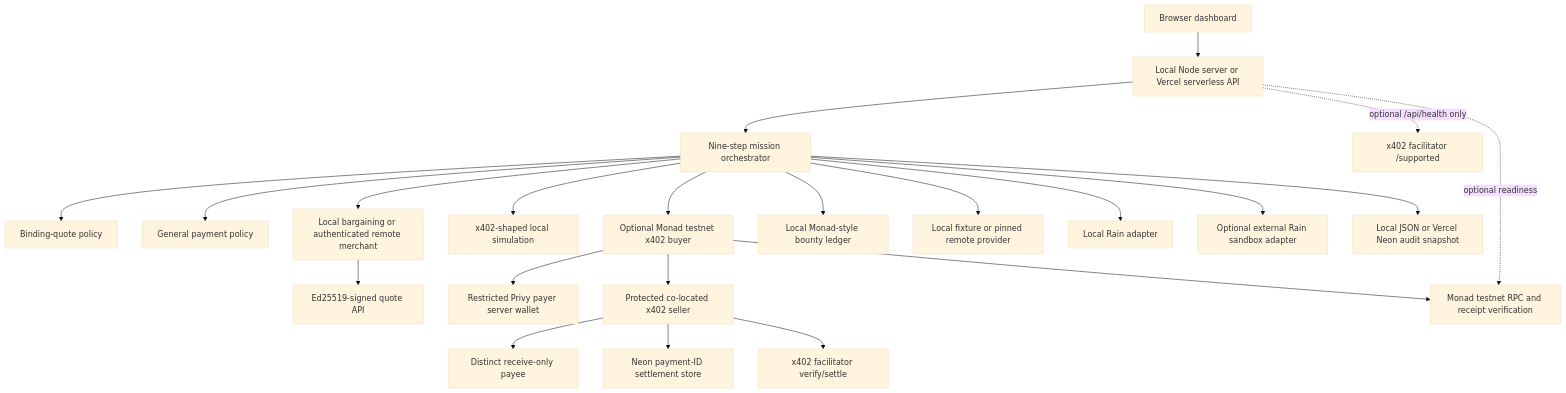
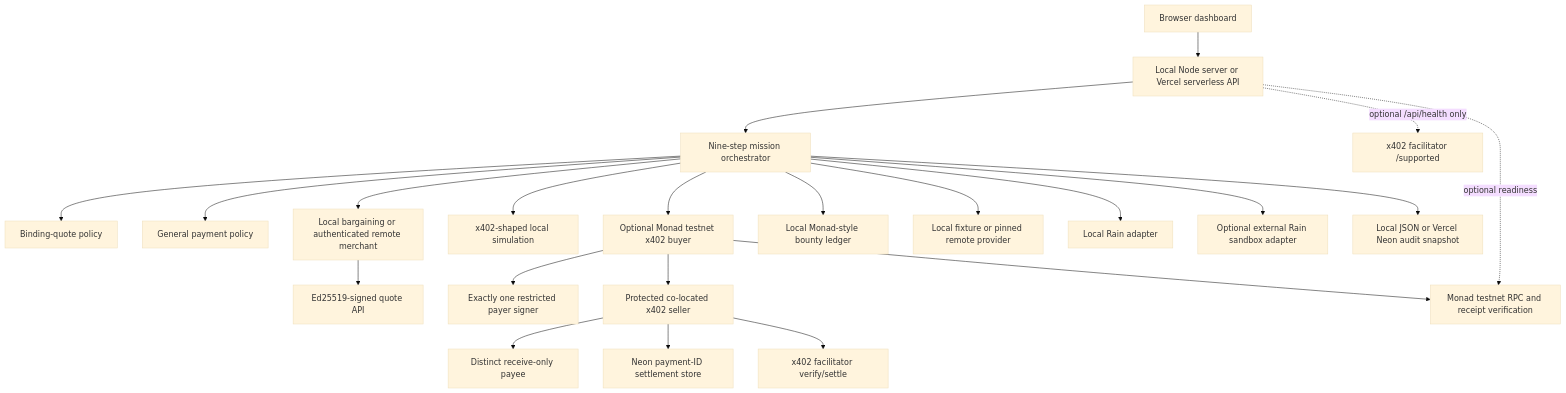
The diagram in PROJECT_GUIDE.md (7dracoder/LazarusMesh), drawn with Mermaid (base theme) before and after one commit. The commit also changed other lines of this file and 17 other files, not shown here.

````diff
--- a/PROJECT_GUIDE.md
+++ b/PROJECT_GUIDE.md
@@ -61,24 +78,24 @@
 ```mermaid
 flowchart TD
     UI["Browser dashboard"] --> HTTP["Local Node server or Vercel serverless API"]
     HTTP --> ORCH["Nine-step mission orchestrator"]
     ORCH --> QP["Binding-quote policy"]
     ORCH --> PP["General payment policy"]
     ORCH --> NEG["Local bargaining or authenticated remote merchant"]
     NEG --> REMOTE["Ed25519-signed quote API"]
     ORCH --> X402["x402-shaped local simulation"]
     ORCH --> X402LIVE["Optional Monad testnet x402 buyer"]
-    X402LIVE --> PRIVY["Restricted Privy payer server wallet"]
+    X402LIVE --> SIGNER["Exactly one restricted payer signer"]
     X402LIVE --> X402SELLER["Protected co-located x402 seller"]
     X402SELLER --> PAYEE["Distinct receive-only payee"]
     X402SELLER --> SETTLESTORE["Neon payment-ID settlement store"]
     ORCH --> MONAD["Local Monad-style bounty ledger"]
     ORCH --> REC["Local fixture or pinned remote provider"]
     ORCH --> RAINLOCAL["Local Rain adapter"]
     ORCH --> RAINSANDBOX["Optional external Rain sandbox adapter"]
     ORCH --> STORE["Local JSON or Vercel Neon audit snapshot"]
     X402SELLER --> FACSETTLE["x402 facilitator verify/settle"]
     X402LIVE --> RPC["Monad testnet RPC and receipt verification"]
     HTTP -. "optional readiness" .-> RPC
     HTTP -. "optional /api/health only" .-> FAC["x402 facilitator /supported"]
 ```
````
